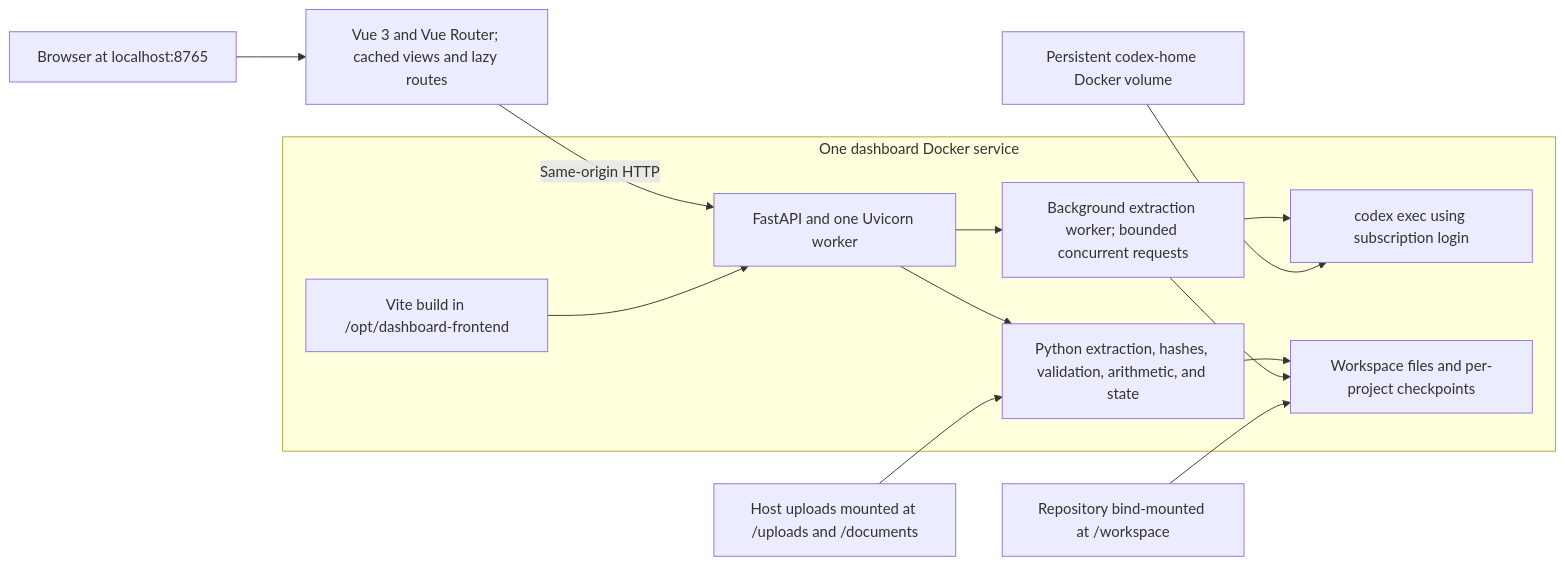
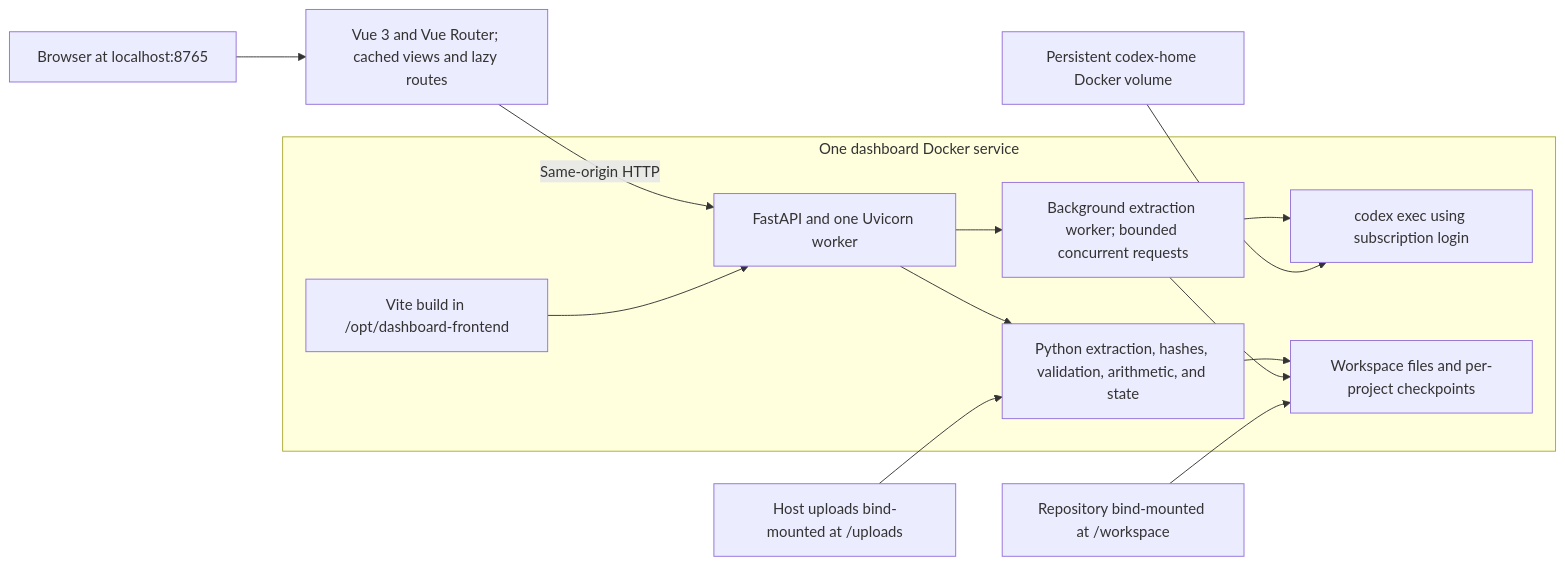
The fourth of 6 diagrams in docs/workflow/WORKFLOW.md (jingjjjjjie/bank-statement-reconcilation), drawn with Mermaid before and after one commit. The commit also changed 3 other files, not shown here.

Commit message:
Use uploads as the sole input bind mount

````diff
--- a/docs/workflow/WORKFLOW.md
+++ b/docs/workflow/WORKFLOW.md
@@ -125,16 +125,16 @@
 ```mermaid
 flowchart LR
     USER["Browser at localhost:8765"] --> VUE["Vue 3 and Vue Router; cached views and lazy routes"]
     VUE -->|Same-origin HTTP| API["FastAPI and one Uvicorn worker"]
     subgraph DOCKER["One dashboard Docker service"]
         ASSETS["Vite build in /opt/dashboard-frontend"] --> API
         API --> PY["Python extraction, hashes, validation, arithmetic, and state"]
         API --> BG["Background extraction worker; bounded concurrent requests"]
         BG --> CODEX["codex exec using subscription login"]
         PY --> STORE["Workspace files and per-project checkpoints"]
         BG --> STORE
     end
-    INPUTS["Host uploads mounted at /uploads and /documents"] --> PY
+    INPUTS["Host uploads bind-mounted at /uploads"] --> PY
     REPO["Repository bind-mounted at /workspace"] --> STORE
     LOGIN["Persistent codex-home Docker volume"] --> CODEX
 ```
````
